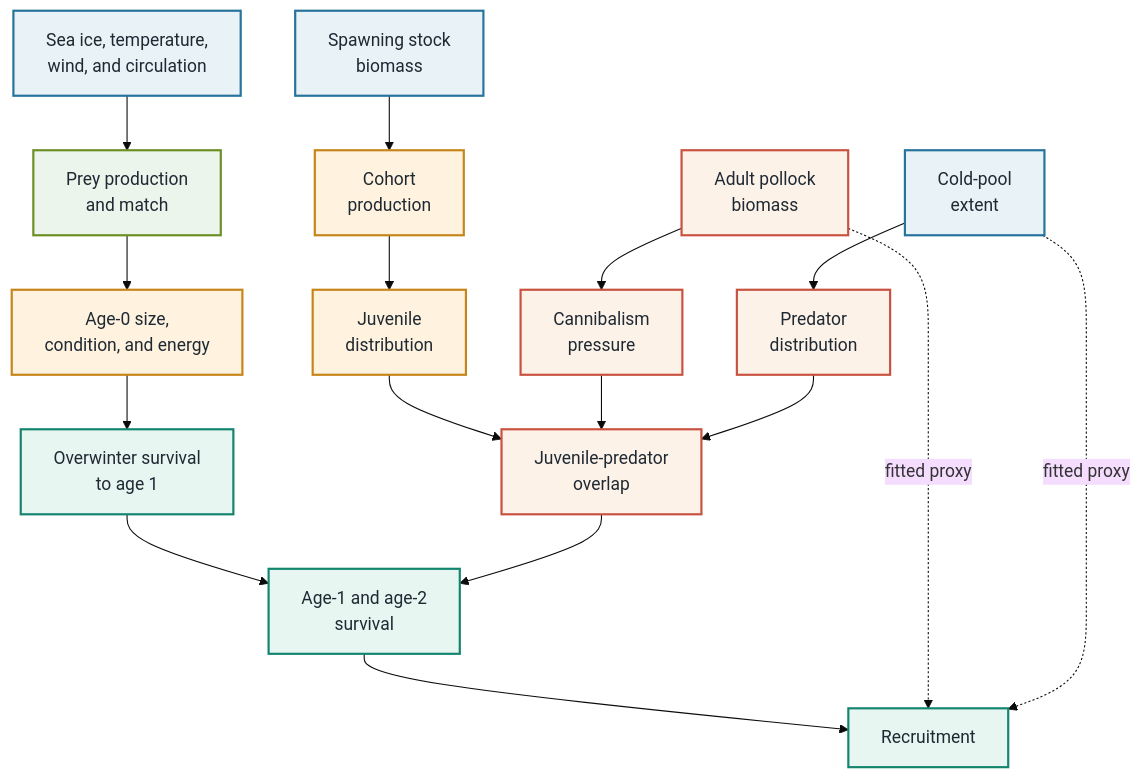
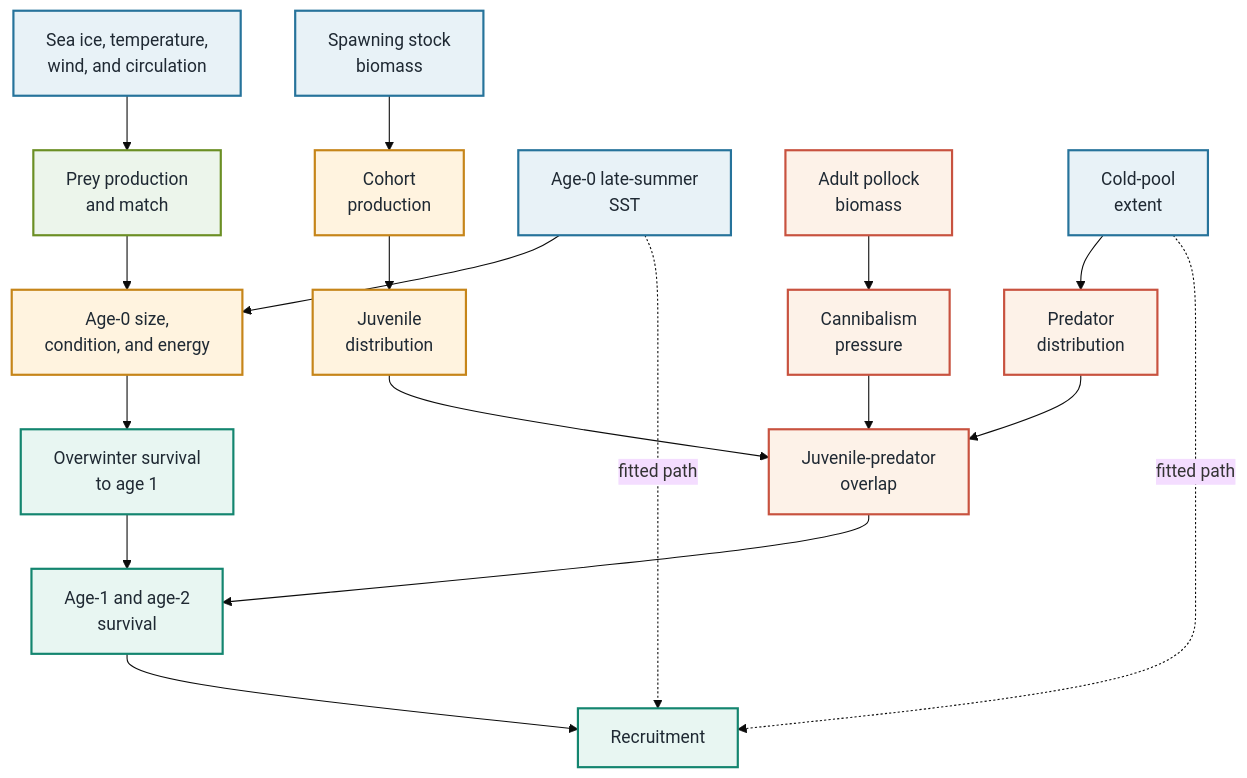
Before and after one commit to jimianelli/rtmb_ebswp: the diagram in docs/ebswp.qmd, drawn with Mermaid (base theme). The commit also changed other lines of this file and 41 other files, not shown here.

Commit message:
Update Rceattle diagnostics and DSEM covariates

````diff
--- a/docs/ebswp.qmd
+++ b/docs/ebswp.qmd
@@ -1745,37 +1778,38 @@
 ```{mermaid}
 %%| label: fig-dsem-dag
-%%| fig-cap: "Compact conceptual directed acyclic graph for eastern Bering Sea pollock early survival. Solid arrows summarize broader mechanisms that motivate future covariates. Dashed arrows identify the two direct proxy effects estimated in the current DSEM proof of concept: cold-pool extent and next-year spawning biomass on age-1 recruitment."
-%%| fig-alt: "A compact directed graph links spawning biomass to cohort production; physical conditions to prey production, juvenile condition, and overwinter survival; and adult pollock biomass and cold-pool extent to predator overlap and juvenile survival. Solid arrows show conceptual mechanisms. Dashed arrows from adult pollock biomass and cold-pool extent to age-1 recruitment show the two proxy effects fitted in the proof of concept."
+%%| fig-cap: "Compact conceptual directed acyclic graph for eastern Bering Sea pollock early survival. Solid arrows summarize broader mechanisms that motivate future covariates. Dashed arrows identify the two direct environmental effects estimated in the current DSEM proof of concept: age-0 late-summer SST and age-1-year cold-pool extent on age-1 recruitment."
+%%| fig-alt: "A compact directed graph links spawning biomass to cohort production; physical conditions to prey production, juvenile condition, and overwinter survival; and adult pollock biomass and cold-pool extent to predator overlap and juvenile survival. Solid arrows show conceptual mechanisms. Dashed arrows from late-summer sea surface temperature and cold-pool extent to age-1 recruitment show the two environmental effects fitted in the proof of concept."
 %%| fig-width: 7.5
 %%| fig-pos: H
 flowchart TB
   SSB["Spawning stock<br/>biomass"] --> COHORT["Cohort<br/>production"]
   PHYS["Sea ice, temperature,<br/>wind, and circulation"] --> PREY["Prey production<br/>and match"]
+  SST["Age-0 late-summer<br/>SST"] --> CONDITION
   PREY --> CONDITION["Age-0 size,<br/>condition, and energy"]
   CONDITION --> WINTER["Overwinter survival<br/>to age 1"]
   COHORT --> JUV["Juvenile<br/>distribution"]
 
   ADULT["Adult pollock<br/>biomass"] --> CANN["Cannibalism<br/>pressure"]
   COLD["Cold-pool<br/>extent"] --> PREDIST["Predator<br/>distribution"]
   JUV --> OVERLAP["Juvenile-predator<br/>overlap"]
   CANN --> OVERLAP
   PREDIST --> OVERLAP
 
   WINTER --> SURV["Age-1 and age-2<br/>survival"]
   OVERLAP --> SURV
   SURV --> RECRUIT["Recruitment"]
 
-  ADULT -. "fitted proxy" .-> RECRUIT
-  COLD -. "fitted proxy" .-> RECRUIT
+  SST -. "fitted path" .-> RECRUIT
+  COLD -. "fitted path" .-> RECRUIT
 
   classDef physical fill:#e8f2f7,stroke:#26739b,stroke-width:2px,color:#1f2933;
   classDef prey fill:#ecf5eb,stroke:#6b8f24,stroke-width:2px,color:#1f2933;
   classDef early fill:#fff3df,stroke:#c68519,stroke-width:2px,color:#1f2933;
   classDef predator fill:#fdf2e8,stroke:#c8523f,stroke-width:2px,color:#1f2933;
   classDef survival fill:#e8f6f2,stroke:#13856f,stroke-width:2px,color:#1f2933;
-  class SSB,PHYS,COLD physical;
+  class SSB,PHYS,COLD,SST physical;
   class PREY prey;
   class COHORT,CONDITION,JUV early;
   class ADULT,CANN,PREDIST,OVERLAP predator;
   class WINTER,SURV,RECRUIT survival;
 ```
````
